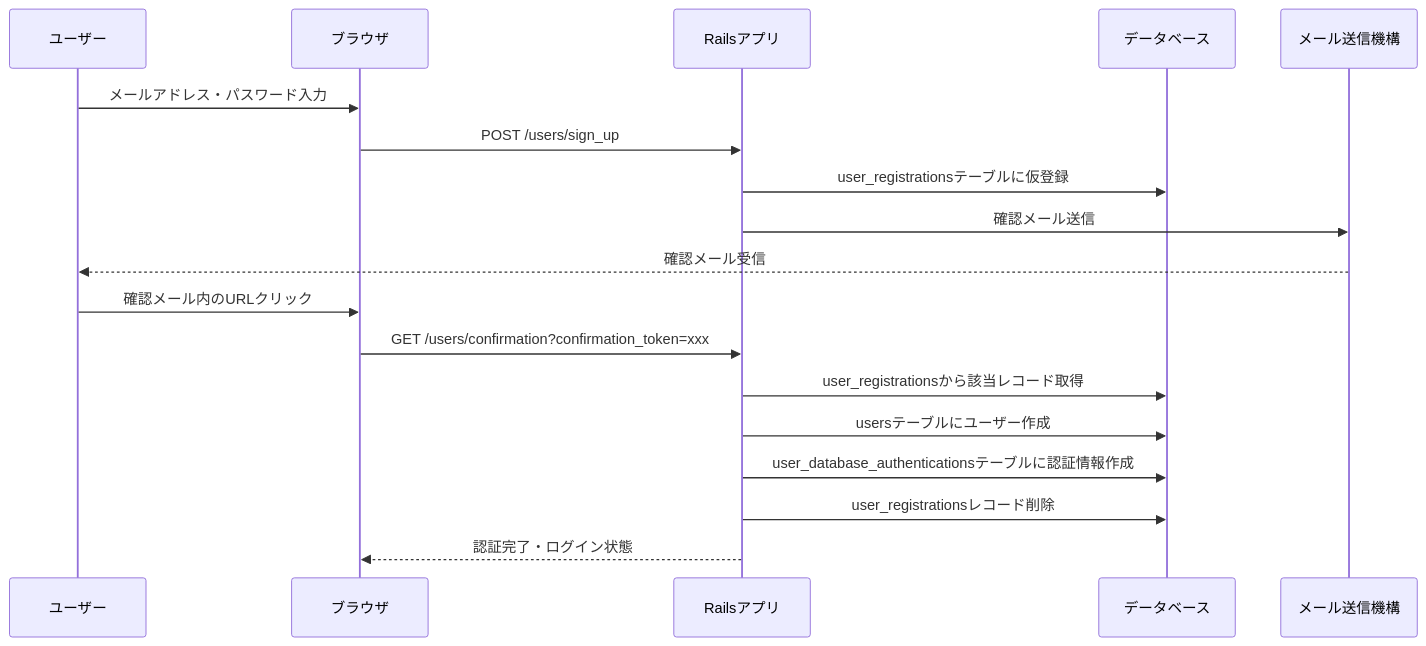
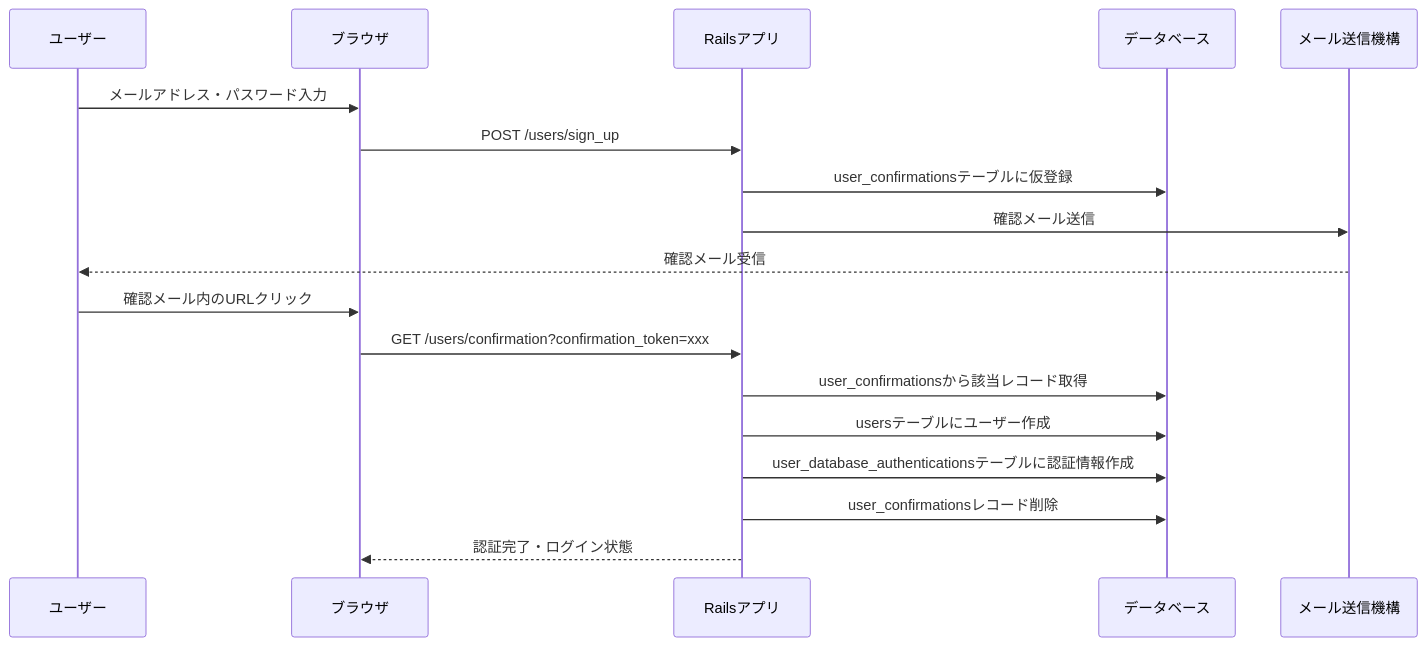
The second of 3 diagrams in docs/function_mail_authentication.md (Okunichiyou/rails-blog), drawn with Mermaid before and after one commit. The commit also changed other lines of this file and 47 other files, not shown here.

````diff
--- a/docs/function_mail_authentication.md
+++ b/docs/function_mail_authentication.md
@@ -52,21 +52,21 @@
 ```mermaid
 sequenceDiagram
     participant User as ユーザー
     participant Browser as ブラウザ
     participant App as Railsアプリ
     participant DB as データベース
     participant Mailer as メール送信機構
 
     User->>Browser: メールアドレス・パスワード入力
     Browser->>App: POST /users/sign_up
-    App->>DB: user_registrationsテーブルに仮登録
+    App->>DB: user_confirmationsテーブルに仮登録
     App->>Mailer: 確認メール送信
     Mailer-->>User: 確認メール受信
     User->>Browser: 確認メール内のURLクリック
     Browser->>App: GET /users/confirmation?confirmation_token=xxx
-    App->>DB: user_registrationsから該当レコード取得
+    App->>DB: user_confirmationsから該当レコード取得
     App->>DB: usersテーブルにユーザー作成
     App->>DB: user_database_authenticationsテーブルに認証情報作成
-    App->>DB: user_registrationsレコード削除
+    App->>DB: user_confirmationsレコード削除
     App-->>Browser: 認証完了・ログイン状態
 ```
````
